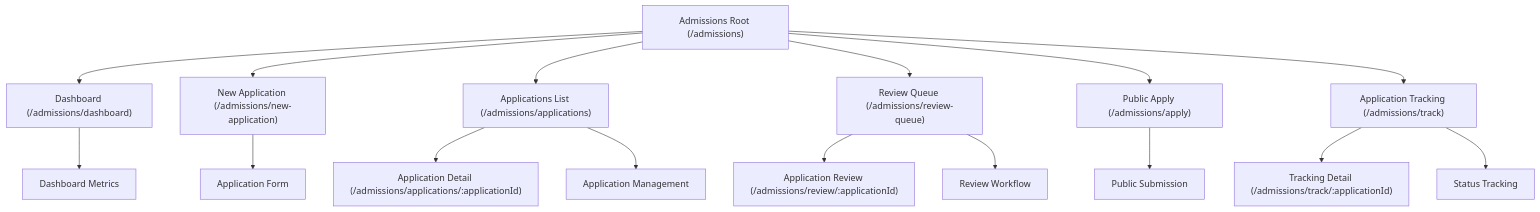
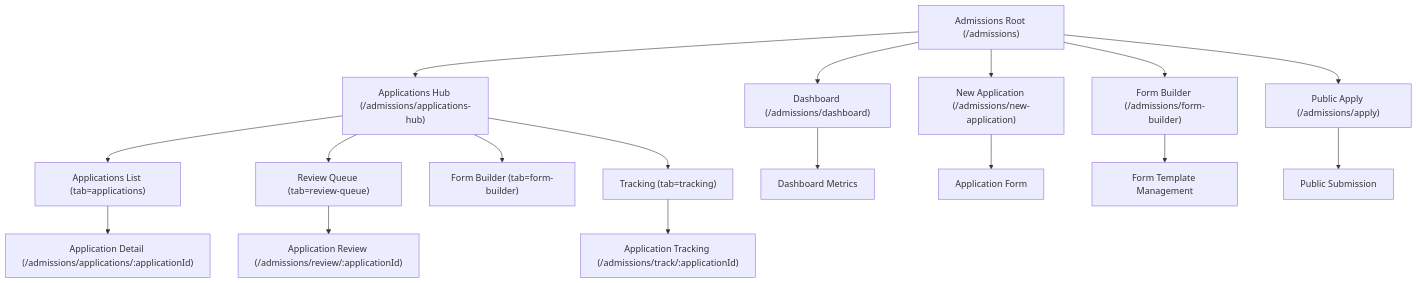
The fourth of 11 diagrams in .qoder/repowiki/en/content/Admissions Module.md (geniusdynamics/schoolpilot), drawn with Mermaid before and after one commit. The commit also changed other lines of this file and 311 other files, not shown here.

````diff
--- a/.qoder/repowiki/en/content/Admissions Module.md
+++ b/.qoder/repowiki/en/content/Admissions Module.md
@@ -217,18 +204,19 @@
 ```mermaid
 flowchart TD
 A["Admissions Root (/admissions)"] --> B["Dashboard (/admissions/dashboard)"]
 A --> C["New Application (/admissions/new-application)"]
-A --> D["Applications List (/admissions/applications)"]
-A --> E["Review Queue (/admissions/review-queue)"]
+A --> D["Applications Hub (/admissions/applications-hub)"]
+A --> E["Form Builder (/admissions/form-builder)"]
 A --> F["Public Apply (/admissions/apply)"]
-A --> G["Application Tracking (/admissions/track)"]
-D --> H["Application Detail (/admissions/applications/:applicationId)"]
-E --> I["Application Review (/admissions/review/:applicationId)"]
-G --> J["Tracking Detail (/admissions/track/:applicationId)"]
-B --> K["Dashboard Metrics"]
-C --> L["Application Form"]
-D --> M["Application Management"]
-E --> N["Review Workflow"]
-F --> O["Public Submission"]
-G --> P["Status Tracking"]
+D --> G["Applications List (tab=applications)"]
+D --> H["Review Queue (tab=review-queue)"]
+D --> I["Form Builder (tab=form-builder)"]
+D --> J["Tracking (tab=tracking)"]
+G --> K["Application Detail (/admissions/applications/:applicationId)"]
+H --> L["Application Review (/admissions/review/:applicationId)"]
+J --> M["Application Tracking (/admissions/track/:applicationId)"]
+B --> N["Dashboard Metrics"]
+C --> O["Application Form"]
+E --> P["Form Template Management"]
+F --> Q["Public Submission"]
 ```
````
